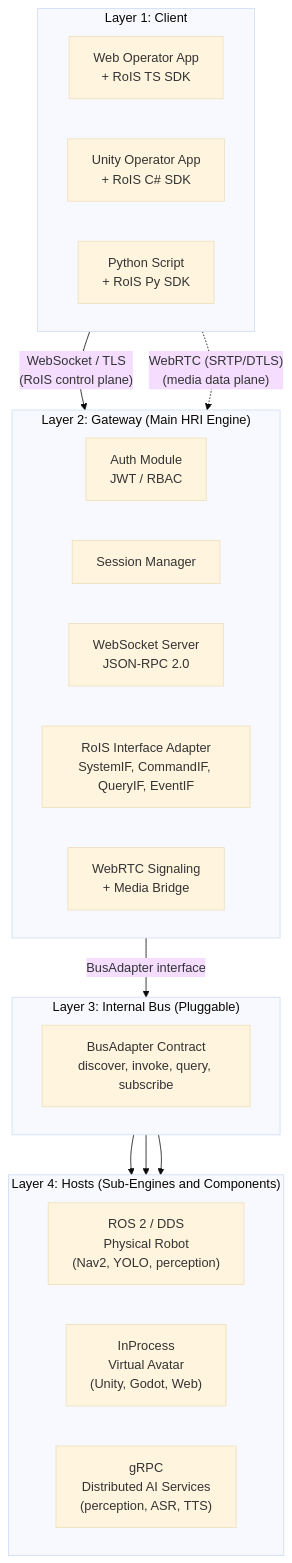
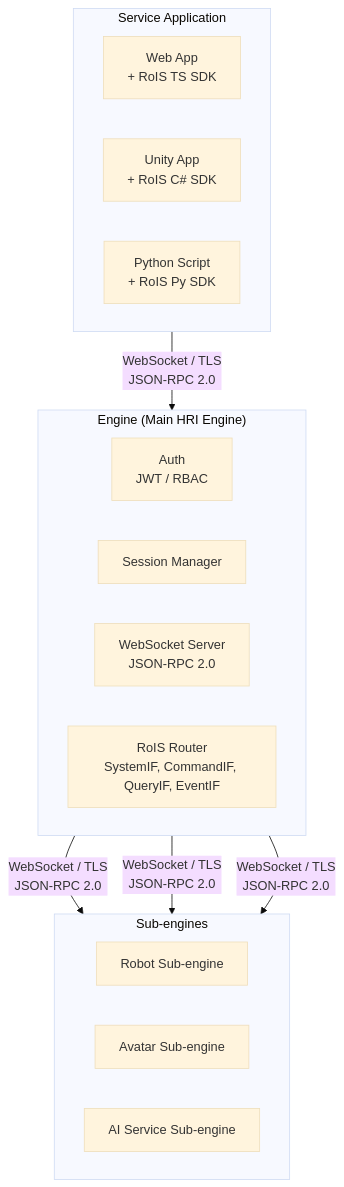
The third of 17 diagrams in docs/white-paper.md (openrois/openrois), drawn with Mermaid (base theme) before and after one commit. The commit also changed other lines of this file and 48 other files, not shown here.

First line of the commit message:
docs: align architecture diagram and terminology across public docs

````diff
--- a/docs/white-paper.md
+++ b/docs/white-paper.md
@@ -260,37 +269,29 @@
 ```mermaid
 flowchart TB
-    subgraph L1["Layer 1: Client"]
+    subgraph L1["Service Application"]
         direction LR
-        WebApp["Web Operator App<br/>+ RoIS TS SDK"]
-        UnityApp["Unity Operator App<br/>+ RoIS C# SDK"]
+        WebApp["Web App<br/>+ RoIS TS SDK"]
+        UnityApp["Unity App<br/>+ RoIS C# SDK"]
         PyScript["Python Script<br/>+ RoIS Py SDK"]
     end
 
-    subgraph L2["Layer 2: Gateway (Main HRI Engine)"]
+    subgraph L2["Engine (Main HRI Engine)"]
         direction LR
-        Auth["Auth Module<br/>JWT / RBAC"]
+        Auth["Auth<br/>JWT / RBAC"]
         Session["Session Manager"]
         WSServer["WebSocket Server<br/>JSON-RPC 2.0"]
-        RoISAdapter["RoIS Interface Adapter<br/>SystemIF, CommandIF, QueryIF, EventIF"]
-        WebRTCBridge["WebRTC Signaling<br/>+ Media Bridge"]
+        Router["RoIS Router<br/>SystemIF, CommandIF, QueryIF, EventIF"]
     end
 
-    subgraph L3["Layer 3: Internal Bus (Pluggable)"]
+    subgraph L3["Sub-engines"]
         direction LR
-        BusAdapter["BusAdapter Contract<br/>discover, invoke, query, subscribe"]
+        RobotSubEngine["Robot Sub-engine"]
+        AvatarSubEngine["Avatar Sub-engine"]
+        ServiceSubEngine["AI Service Sub-engine"]
     end
 
-    subgraph L4["Layer 4: Hosts (Sub-Engines and Components)"]
-        direction LR
-        Robot["ROS 2 / DDS<br/>Physical Robot<br/>(Nav2, YOLO, perception)"]
-        Avatar["InProcess<br/>Virtual Avatar<br/>(Unity, Godot, Web)"]
-        Services["gRPC<br/>Distributed AI Services<br/>(perception, ASR, TTS)"]
-    end
-
-    L1 -->|"WebSocket / TLS<br/>(RoIS control plane)"| L2
-    L1 -.->|"WebRTC (SRTP/DTLS)<br/>(media data plane)"| L2
-    L2 -->|"BusAdapter interface"| L3
-    L3 --> Robot
-    L3 --> Avatar
-    L3 --> Services
+    L1 -->|"WebSocket / TLS<br/>JSON-RPC 2.0"| L2
+    L2 -->|"WebSocket / TLS<br/>JSON-RPC 2.0"| RobotSubEngine
+    L2 -->|"WebSocket / TLS<br/>JSON-RPC 2.0"| AvatarSubEngine
+    L2 -->|"WebSocket / TLS<br/>JSON-RPC 2.0"| ServiceSubEngine
 ```
````
